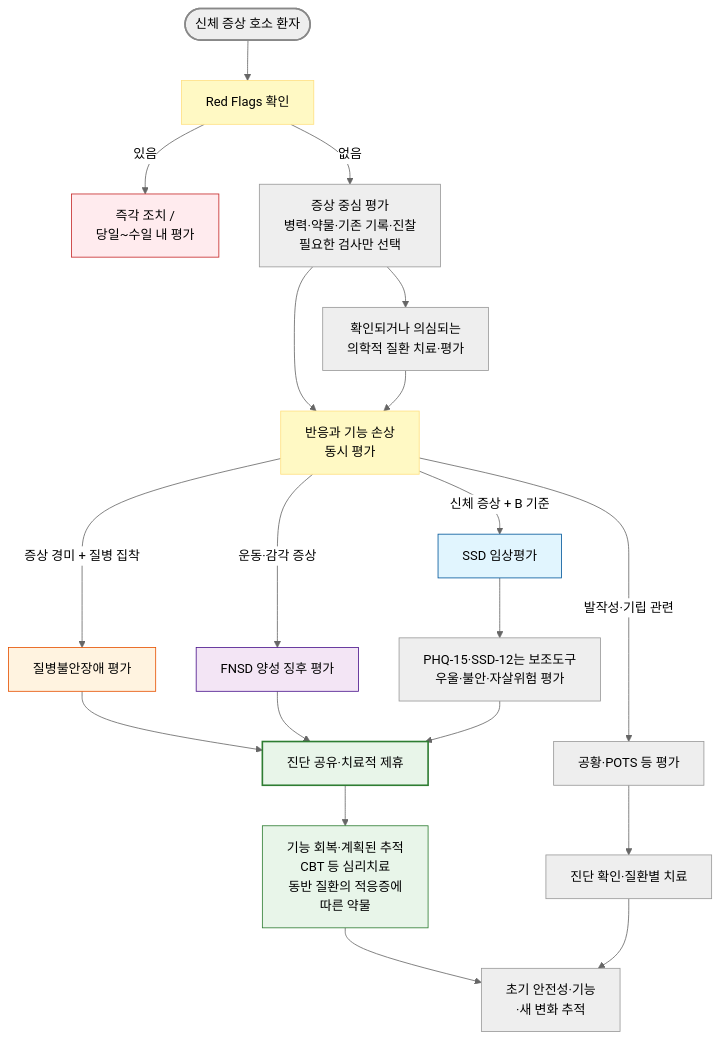
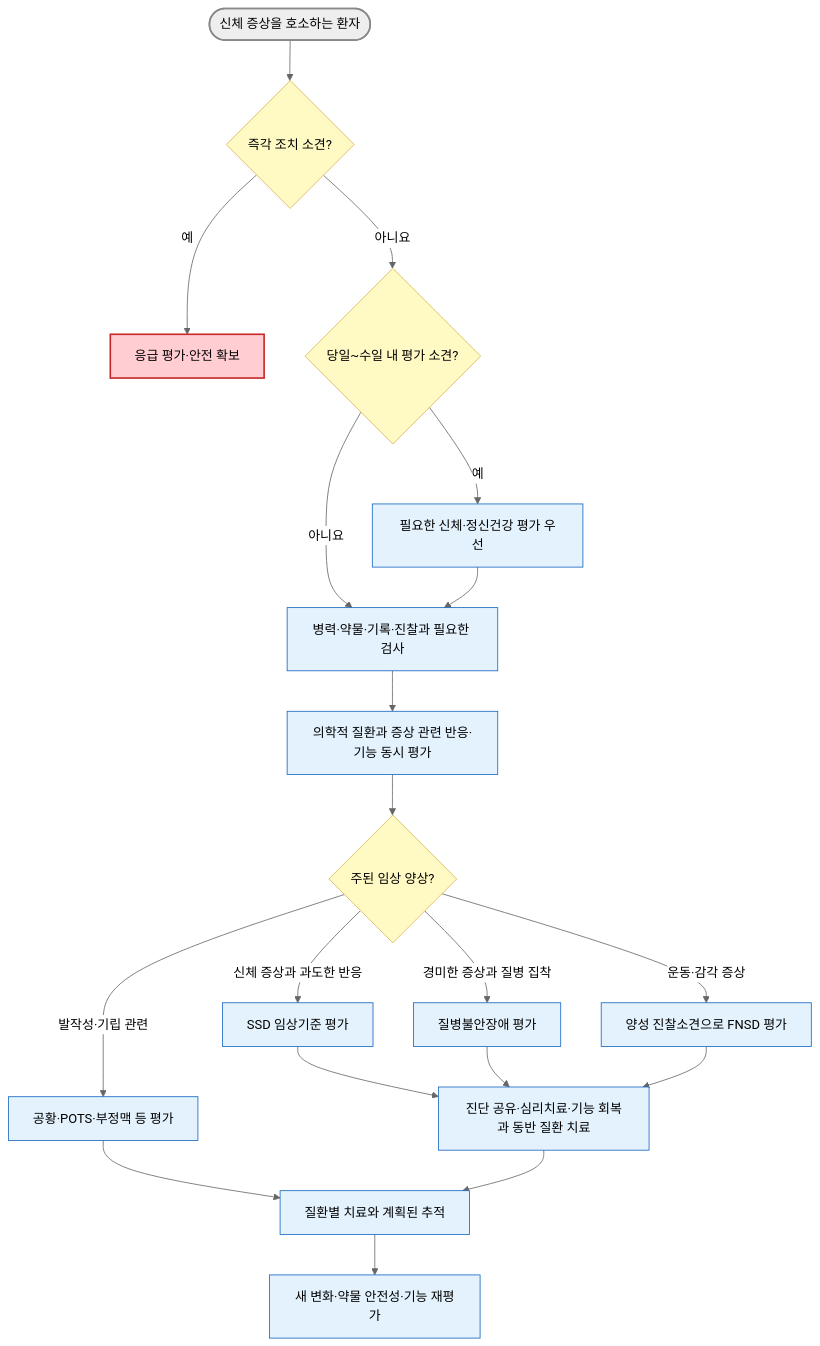
One commit to familyoh77/familyoh77 changed the diagram in 221_/031_-somatic-symptom-disorder.md. Above: the diagram before and after it, drawn with Mermaid (neutral theme). The commit also changed other lines of this file and 9 other files, not shown here.

````diff
--- a/221_/031_-somatic-symptom-disorder.md
+++ b/221_/031_-somatic-symptom-disorder.md
@@ -395,31 +395,29 @@
 ```mermaid
-graph TD
-    Start(["신체 증상 호소 환자"]) --> RedFlag["Red Flags 확인"]
-    RedFlag -->|있음| Referral["즉각 조치 /<br/>당일~수일 내 평가"]
-    RedFlag -->|없음| BasicEval["증상 중심 평가<br/>병력·약물·기존 기록·진찰<br/>필요한 검사만 선택"]
-    BasicEval --> Medical["확인되거나 의심되는<br/>의학적 질환 치료·평가"]
-    BasicEval --> Pattern["반응과 기능 손상<br/>동시 평가"]
-    Medical --> Pattern
-    Pattern -->|신체 증상 + B 기준| SSD["SSD 임상평가"]
-    Pattern -->|증상 경미 + 질병 집착| IAD["질병불안장애 평가"]
-    Pattern -->|운동·감각 증상| FNSD["FNSD 양성 징후 평가"]
-    Pattern -->|발작성·기립 관련| Other["공황·POTS 등 평가"]
-    Other --> OtherTx["진단 확인·질환별 치료"]
-    SSD --> Scale["PHQ-15·SSD-12는 보조도구<br/>우울·불안·자살위험 평가"]
-    IAD --> Framing["진단 공유·치료적 제휴"]
-    FNSD --> Framing
-    Scale --> Framing
-    Framing --> Treatment["기능 회복·계획된 추적<br/>CBT 등 심리치료<br/>동반 질환의 적응증에 <br/>따른 약물"]
-    Treatment --> FU["초기 안전성·기능<br/>·새 변화 추적"]
-    OtherTx --> FU
-    style Start fill:#eeeeee,stroke:#888888,stroke-width:2px
-    style RedFlag fill:#fff9c4,stroke:#ffe082
-    style Pattern fill:#fff9c4,stroke:#ffe082
-    style Referral fill:#ffebee,stroke:#c62828
-    style SSD fill:#e1f5fe,stroke:#01579b
-    style IAD fill:#fff3e0,stroke:#e65100
-    style FNSD fill:#f3e5f5,stroke:#4a148c
-    style Framing fill:#e8f5e9,stroke:#2e7d32,stroke-width:2px
-    style Treatment fill:#e8f5e9,stroke:#2e7d32
-
+flowchart TD
+    S(["신체 증상을 호소하는 환자"]) --> R{"즉각 조치 소견?"}
+    R -- "예" --> E["응급 평가·안전 확보"]
+    R -- "아니요" --> U{"당일~수일 내 평가 소견?"}
+    U -- "예" --> P["필요한 신체·정신건강 평가 우선"]
+    U -- "아니요" --> B["병력·약물·기록·진찰과 필요한 검사"]
+    P --> B
+    B --> D["의학적 질환과 증상 관련 반응·기능 동시 평가"]
+    D --> Q{"주된 임상 양상?"}
+    Q -- "신체 증상과 과도한 반응" --> SSD["SSD 임상기준 평가"]
+    Q -- "경미한 증상과 질병 집착" --> IAD["질병불안장애 평가"]
+    Q -- "운동·감각 증상" --> FND["양성 진찰소견으로 FNSD 평가"]
+    Q -- "발작성·기립 관련" --> O["공황·POTS·부정맥 등 평가"]
+    SSD --> T["진단 공유·심리치료·기능 회복과 동반 질환 치료"]
+    IAD --> T
+    FND --> T
+    O --> F["질환별 치료와 계획된 추적"]
+    T --> F
+    F --> X["새 변화·약물 안전성·기능 재평가"]
+    classDef start fill:#eee,stroke:#888,stroke-width:2px
+    classDef decision fill:#fff9c4,stroke:#d6b656
+    classDef emergency fill:#ffcdd2,stroke:#c62828,stroke-width:2px
+    classDef treatment fill:#e3f2fd,stroke:#1565c0
+    class S start
+    class R,U,Q decision
+    class E emergency
+    class P,B,D,SSD,IAD,FND,O,T,F,X treatment
 ```
````
